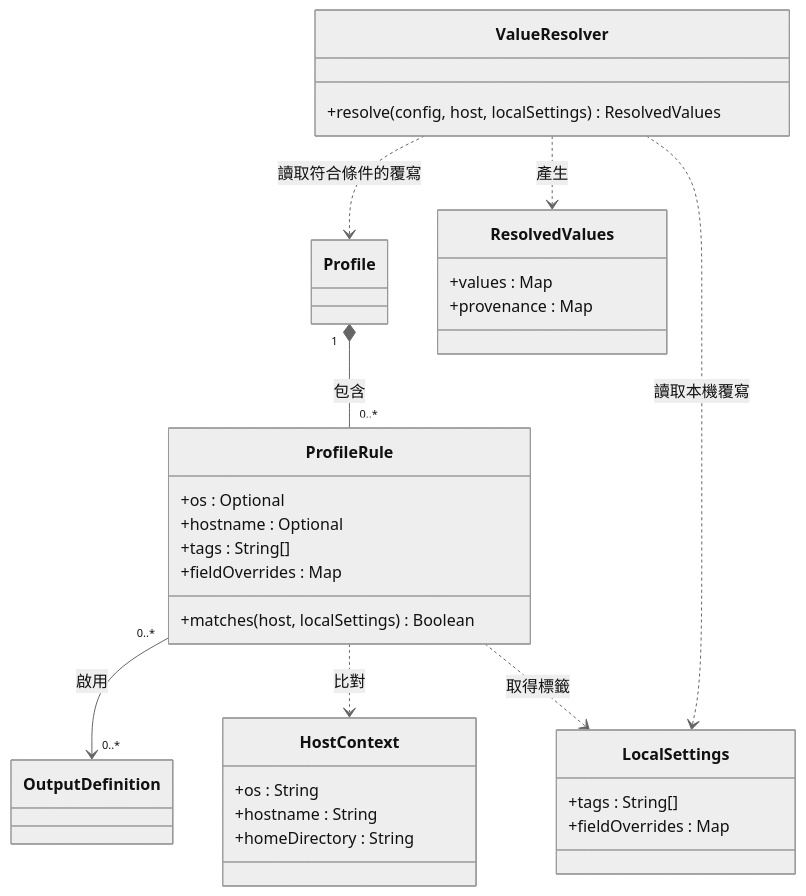
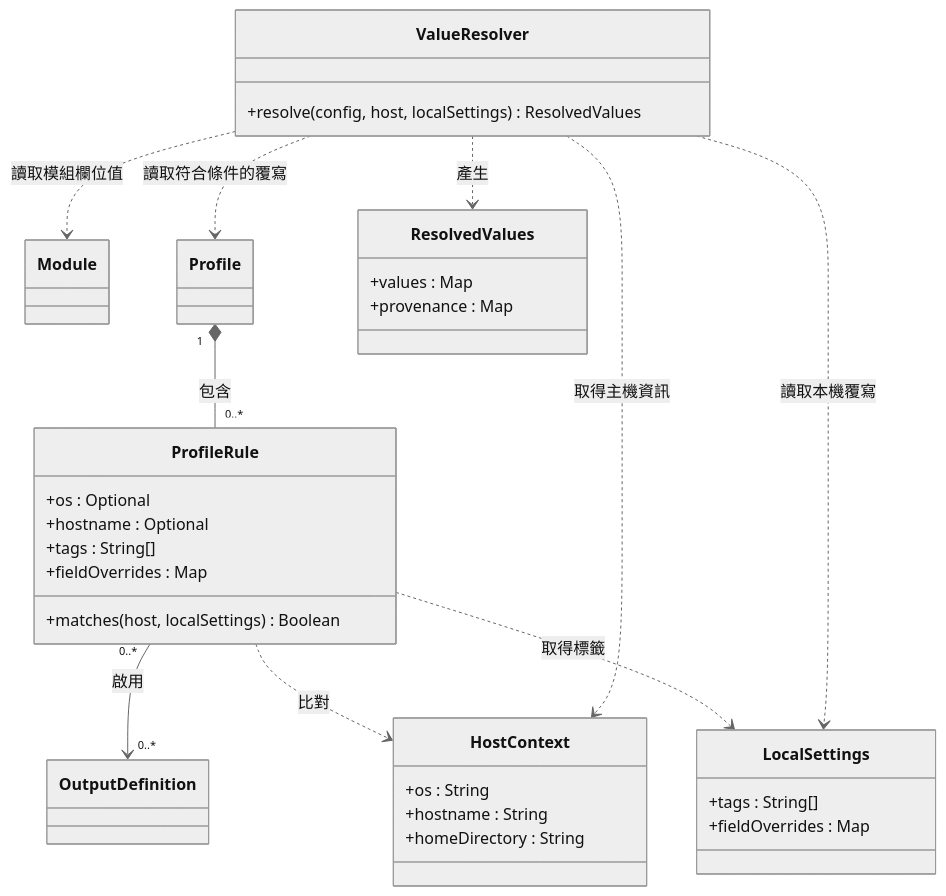
The second of 10 diagrams in docs/03-preliminary-design/uml.md (accidental-two-timer-sam-woof/rosamta-waterfall), drawn with Mermaid (neutral theme) before and after one commit.

Commit message:
docs: add missing ValueResolver dependencies

````diff
--- a/docs/03-preliminary-design/uml.md
+++ b/docs/03-preliminary-design/uml.md
@@ -78,36 +78,39 @@
 ```mermaid
 classDiagram
     direction TB
+    class Module
     class Profile
     class ProfileRule {
         +os : Optional
         +hostname : Optional
         +tags : String[]
         +fieldOverrides : Map
         +matches(host, localSettings) Boolean
     }
     class HostContext {
         +os : String
         +hostname : String
         +homeDirectory : String
     }
     class LocalSettings {
         +tags : String[]
         +fieldOverrides : Map
     }
     class ValueResolver {
         +resolve(config, host, localSettings) ResolvedValues
     }
     class ResolvedValues {
         +values : Map
         +provenance : Map
     }
     class OutputDefinition
     Profile "1" *-- "0..*" ProfileRule : 包含
     ProfileRule "0..*" --> "0..*" OutputDefinition : 啟用
     ProfileRule ..> HostContext : 比對
     ProfileRule ..> LocalSettings : 取得標籤
     ValueResolver ..> Profile : 讀取符合條件的覆寫
     ValueResolver ..> LocalSettings : 讀取本機覆寫
     ValueResolver ..> ResolvedValues : 產生
+    ValueResolver ..> Module : 讀取模組欄位值
+    ValueResolver ..> HostContext : 取得主機資訊
 ```
````
